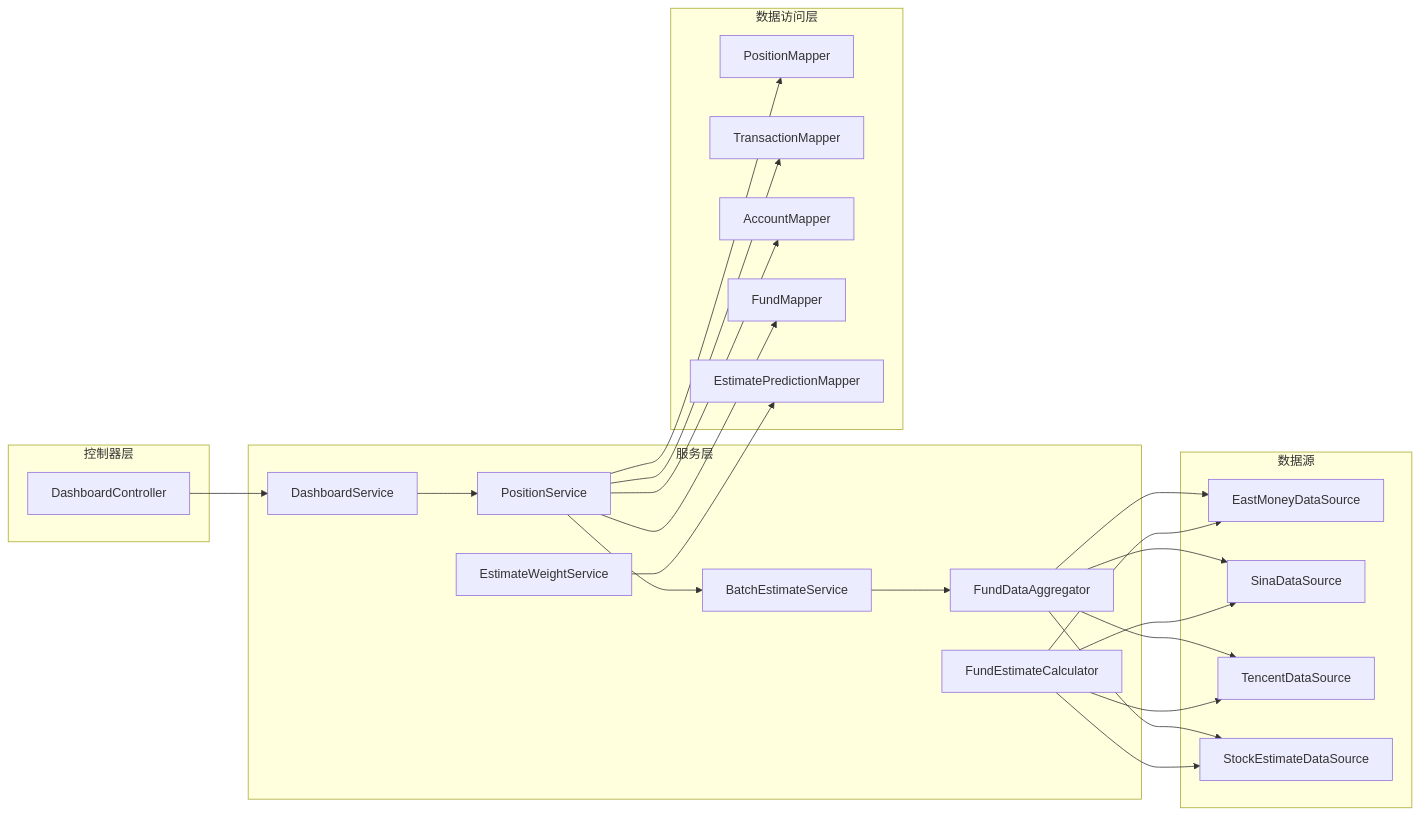
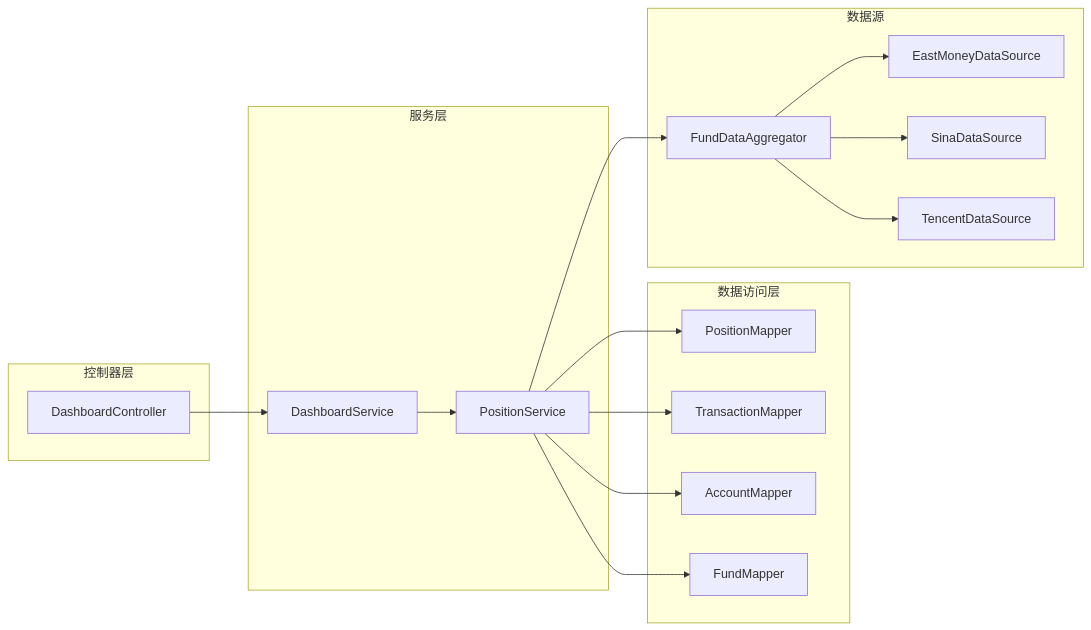
The eighth of 9 diagrams in .qoder/repowiki/zh/content/Dashboard Enhancement.md (gree-coder/fund-butler), drawn with Mermaid before and after one commit. The commit also changed other lines of this file and 21 other files, not shown here.

````diff
--- a/.qoder/repowiki/zh/content/Dashboard Enhancement.md
+++ b/.qoder/repowiki/zh/content/Dashboard Enhancement.md
@@ -471,44 +390,32 @@
 ```mermaid
 graph LR
 subgraph "控制器层"
 DC[DashboardController]
 end
 subgraph "服务层"
 DS[DashboardService]
 PS[PositionService]
-BES[BatchEstimateService]
-FEC[FundEstimateCalculator]
-EWS[EstimateWeightService]
-FDA[FundDataAggregator]
 end
 subgraph "数据访问层"
 PM[PositionMapper]
 TM[TransactionMapper]
 AM[AccountMapper]
 FM[FundMapper]
-ENM[EstimatePredictionMapper]
 end
 subgraph "数据源"
+FDA[FundDataAggregator]
 ED[EastMoneyDataSource]
 SD[SinaDataSource]
 TD[TencentDataSource]
-SED[StockEstimateDataSource]
 end
 DC --> DS
 DS --> PS
 PS --> PM
 PS --> TM
 PS --> AM
 PS --> FM
-PS --> BES
-BES --> FDA
+PS --> FDA
 FDA --> ED
 FDA --> SD
 FDA --> TD
-FDA --> SED
-FEC --> ED
-FEC --> SD
-FEC --> TD
-FEC --> SED
-EWS --> ENM
 ```
````
